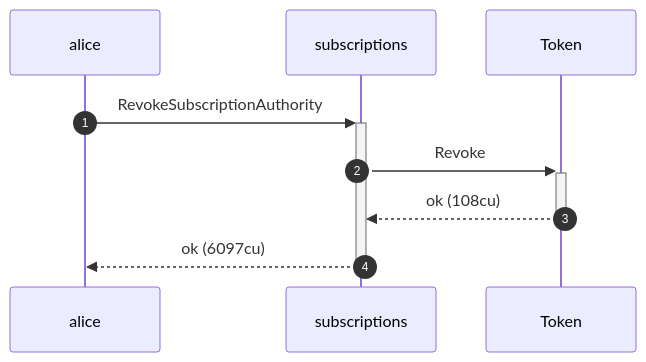
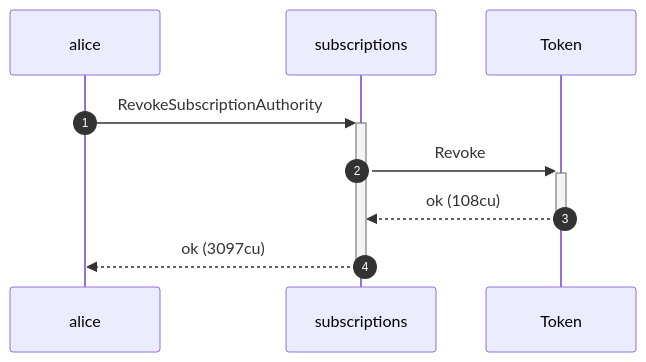
One commit to cds-rs/subscriptions changed the tenth of 12 diagrams in dsl_tests/revoke-works-after-close.md. Above: the diagram before and after it, drawn with Mermaid. The commit also changed other lines of this file and 224 other files, not shown here.

````diff
--- a/dsl_tests/revoke-works-after-close.md
+++ b/dsl_tests/revoke-works-after-close.md
@@ -179,11 +188,11 @@
 ```mermaid
 sequenceDiagram
     autonumber
     participant alice
     participant subscriptions
     participant Token
     alice ->>+ subscriptions: RevokeSubscriptionAuthority
     subscriptions ->>+ Token: Revoke
     Token -->>- subscriptions: ok (108cu)
-    subscriptions -->>- alice: ok (6097cu)
+    subscriptions -->>- alice: ok (3097cu)
 ```
````
